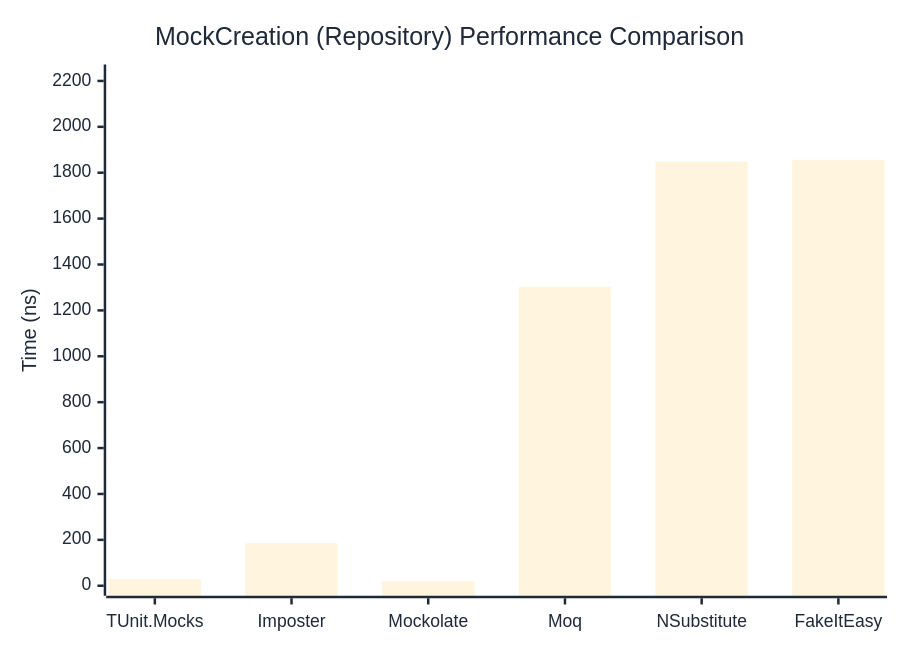
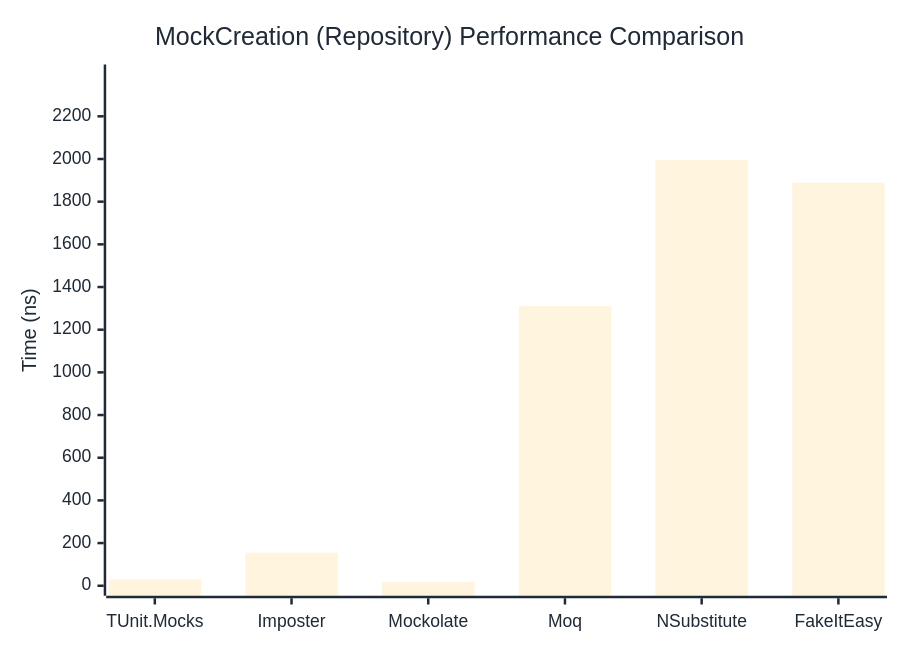
One commit to thomhurst/TUnit changed the second of 2 diagrams in docs/docs/benchmarks/mocks/MockCreation.md. Above: the diagram before and after it, drawn with Mermaid. The commit also changed other lines of this file and 14 other files, not shown here.

````diff
--- a/docs/docs/benchmarks/mocks/MockCreation.md
+++ b/docs/docs/benchmarks/mocks/MockCreation.md
@@ -71,27 +71,27 @@
 ```mermaid
 %%{init: {
   'theme':'base',
   'themeVariables': {
     'primaryColor': '#2563eb',
     'primaryTextColor': '#1f2937',
     'primaryBorderColor': '#1e40af',
     'lineColor': '#6b7280',
     'secondaryColor': '#7c3aed',
     'tertiaryColor': '#dc2626',
     'background': '#ffffff',
     'pie1': '#2563eb',
     'pie2': '#7c3aed',
     'pie3': '#dc2626',
     'pie4': '#f59e0b',
     'pie5': '#10b981',
     'pie6': '#06b6d4',
     'pie7': '#ec4899',
     'pie8': '#6366f1'
   }
 }}%%
 xychart-beta
   title "MockCreation (Repository) Performance Comparison"
   x-axis ["TUnit.Mocks", "Imposter", "Mockolate", "Moq", "NSubstitute", "FakeItEasy"]
-  y-axis "Time (ns)" 0 --> 2228
-  bar [29.68, 184.65, 19.23, 1302.65, 1848.72, 1856.44]
+  y-axis "Time (ns)" 0 --> 2396
+  bar [29.36, 154.67, 17.79, 1310.81, 1996.43, 1889.18]
 ```
````
